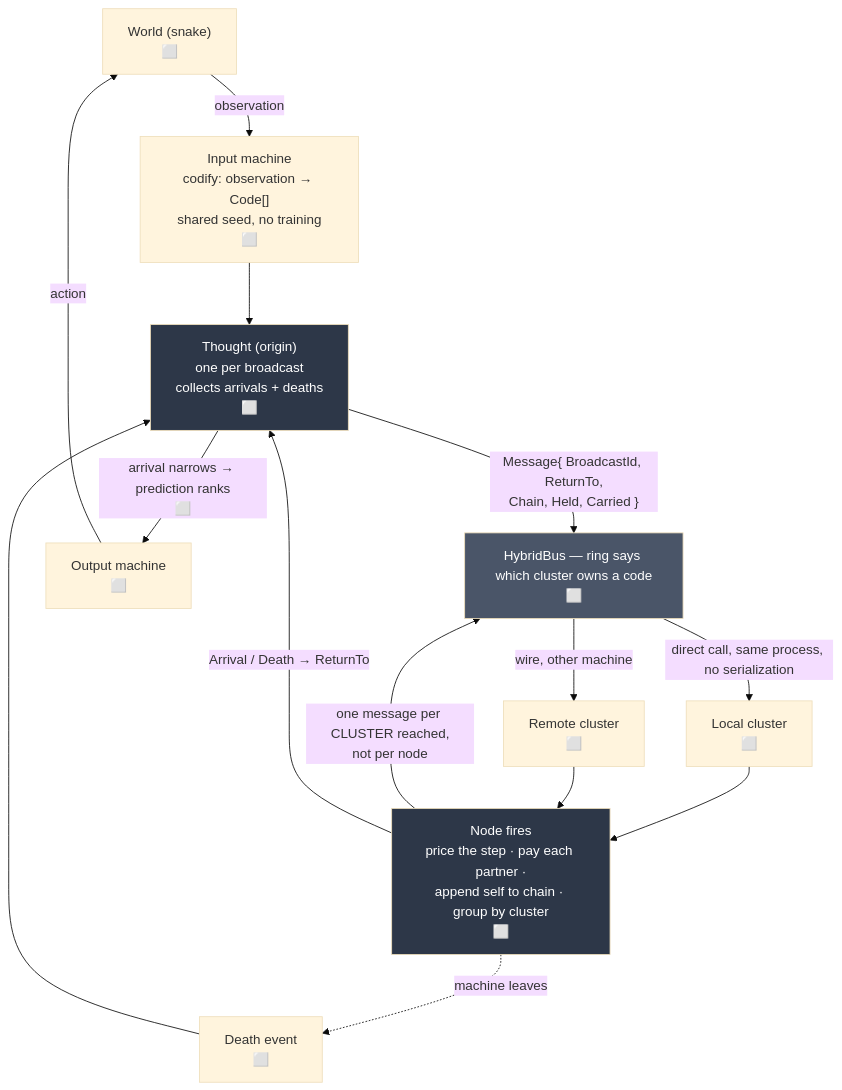
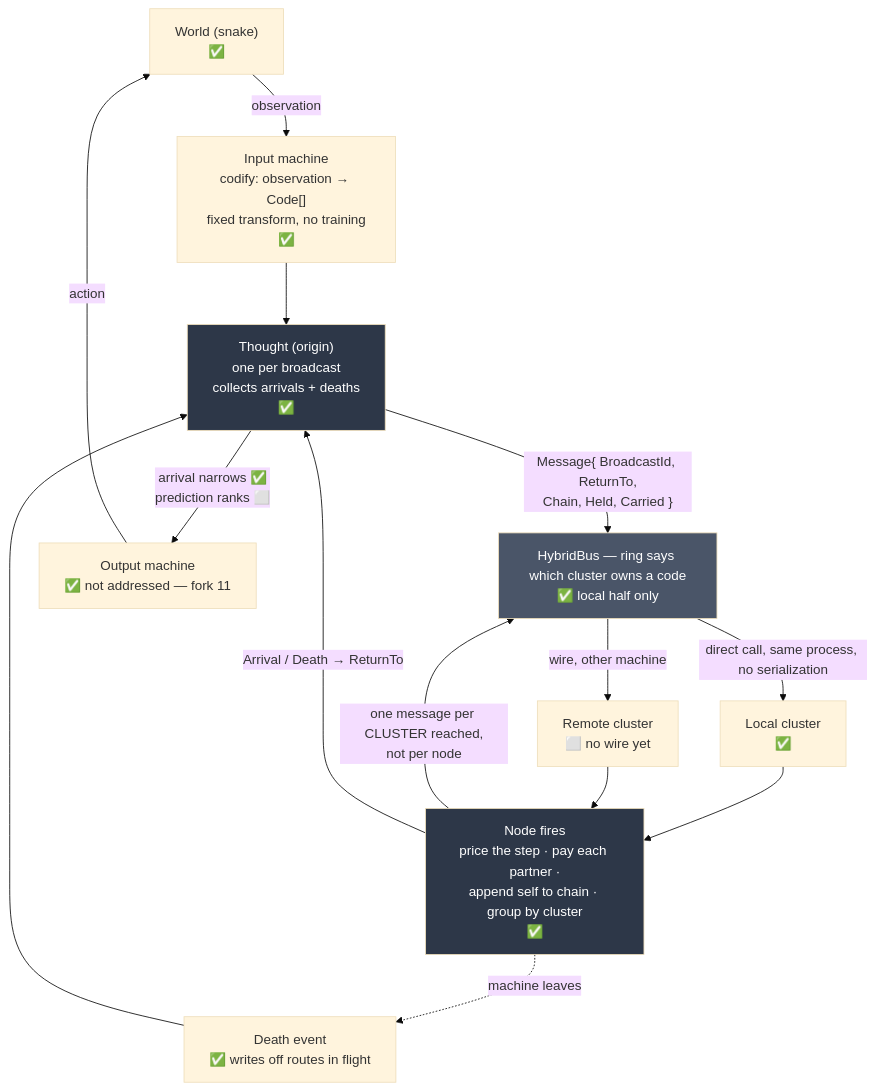
One commit to Mako88/open-plexus changed the second of 2 diagrams in docs/architecture.md. Above: the diagram before and after it, drawn with Mermaid (base theme). The commit also changed other lines of this file and 5 other files, not shown here.

````diff
--- a/docs/architecture.md
+++ b/docs/architecture.md
@@ -149,30 +149,30 @@
 ```mermaid
 flowchart TD
-    World["World (snake)<br/>⬜"] -->|observation| InMachine
+    World["World (snake)<br/>✅"] -->|observation| InMachine
 
-    InMachine["Input machine<br/>codify: observation → Code[]<br/>shared seed, no training<br/>⬜"]
+    InMachine["Input machine<br/>codify: observation → Code[]<br/>fixed transform, no training<br/>✅"]
     InMachine --> Thought
 
-    Thought["Thought (origin)<br/>one per broadcast<br/>collects arrivals + deaths<br/>⬜"]
+    Thought["Thought (origin)<br/>one per broadcast<br/>collects arrivals + deaths<br/>✅"]
     Thought -->|"Message{ BroadcastId, ReturnTo,<br/>Chain, Held, Carried }"| Bus
 
-    Bus["HybridBus — ring says which cluster owns a code<br/>⬜"]
+    Bus["HybridBus — ring says which cluster owns a code<br/>✅ local half only"]
     Bus -->|"direct call, same process, no serialization"| LocalCluster
     Bus -->|"wire, other machine"| RemoteCluster
 
-    LocalCluster["Local cluster<br/>⬜"] --> Fire
-    RemoteCluster["Remote cluster<br/>⬜"] --> Fire
+    LocalCluster["Local cluster<br/>✅"] --> Fire
+    RemoteCluster["Remote cluster<br/>⬜ no wire yet"] --> Fire
 
-    Fire["Node fires<br/>price the step · pay each partner ·<br/>append self to chain · group by cluster<br/>⬜"]
+    Fire["Node fires<br/>price the step · pay each partner ·<br/>append self to chain · group by cluster<br/>✅"]
     Fire -->|"one message per CLUSTER reached,<br/>not per node"| Bus
     Fire -->|"Arrival / Death → ReturnTo"| Thought
-    Fire -.->|machine leaves| Death["Death event<br/>⬜"]
+    Fire -.->|machine leaves| Death["Death event<br/>✅ writes off routes in flight"]
     Death --> Thought
 
-    Thought -->|"arrival narrows → prediction ranks<br/>⬜"| OutMachine["Output machine<br/>⬜"]
+    Thought -->|"arrival narrows ✅<br/>prediction ranks ⬜"| OutMachine["Output machine<br/>✅ not addressed — fork 11"]
     OutMachine -->|action| World
 
     style Thought fill:#2d3748,color:#fff
     style Fire fill:#2d3748,color:#fff
     style Bus fill:#4a5568,color:#fff
 ```
````
